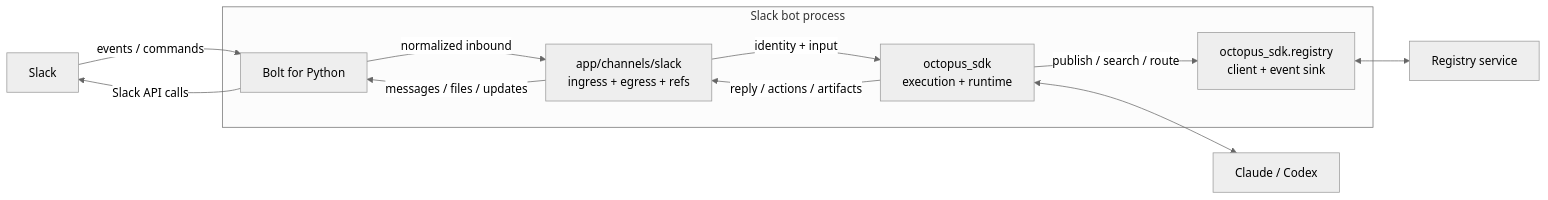
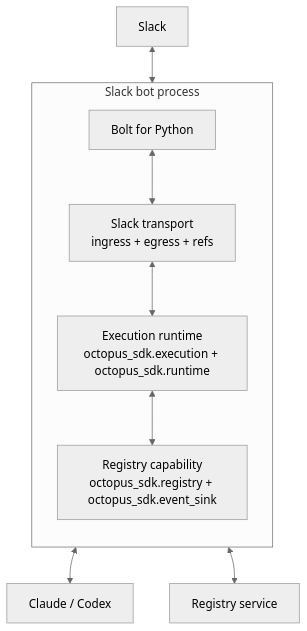
Before and after one commit to privacynow/octopus: the third of 6 diagrams in ARCHITECTURE.md, drawn with Mermaid (neutral theme).

Commit message:
Improve Slack architecture diagram layout

````diff
--- a/ARCHITECTURE.md
+++ b/ARCHITECTURE.md
@@ -194,23 +194,22 @@
 ```mermaid
-flowchart LR
+flowchart TB
     Slack["Slack"]
-    Registry["Registry service"]
-    Provider["Claude / Codex"]
 
     subgraph Bot["Slack bot process"]
+        direction TB
         Bolt["Bolt for Python"]
-        Transport["app/channels/slack<br/>ingress + egress + refs"]
-        Exec["octopus_sdk<br/>execution + runtime"]
-        RegSdk["octopus_sdk.registry<br/>client + event sink"]
+        Transport["Slack transport<br/>ingress + egress + refs"]
+        Exec["Execution runtime<br/>octopus_sdk.execution + octopus_sdk.runtime"]
+        RegSdk["Registry capability<br/>octopus_sdk.registry + octopus_sdk.event_sink"]
     end
 
-    Slack -->|events / commands| Bolt
-    Bolt -->|normalized inbound| Transport
-    Transport -->|identity + input| Exec
-    Exec -->|reply / actions / artifacts| Transport
-    Transport -->|messages / files / updates| Bolt
-    Bolt -->|Slack API calls| Slack
-    Exec -->|publish / search / route| RegSdk
+    Provider["Claude / Codex"]
+    Registry["Registry service"]
+
+    Slack <--> Bolt
+    Bolt <--> Transport
+    Transport <--> Exec
+    Exec <--> Provider
+    Exec <--> RegSdk
     RegSdk <--> Registry
-    Exec <--> Provider
 ```
````
